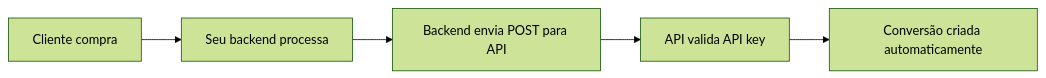
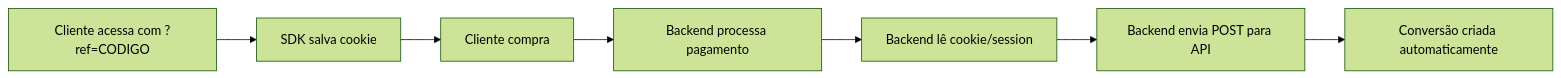
The diagram in integrations/api-rest.mdx (bgabraga2/affiliatus-docs), drawn with Mermaid (forest theme) before and after one commit. The commit also changed other lines of this file and 8 other files, not shown here.

````diff
--- a/integrations/api-rest.mdx
+++ b/integrations/api-rest.mdx
@@ -20,7 +25,9 @@
 ```mermaid
 graph LR
-    A[Cliente compra] --> B[Seu backend processa]
-    B --> C[Backend envia POST para API]
-    C --> D[API valida API key]
-    D --> E[Conversão criada automaticamente]
+    A[Cliente acessa com ?ref=CODIGO] --> B[SDK salva cookie]
+    B --> C[Cliente compra]
+    C --> D[Backend processa pagamento]
+    D --> E[Backend lê cookie/session]
+    E --> F[Backend envia POST para API]
+    F --> G[Conversão criada automaticamente]
 ```
````
